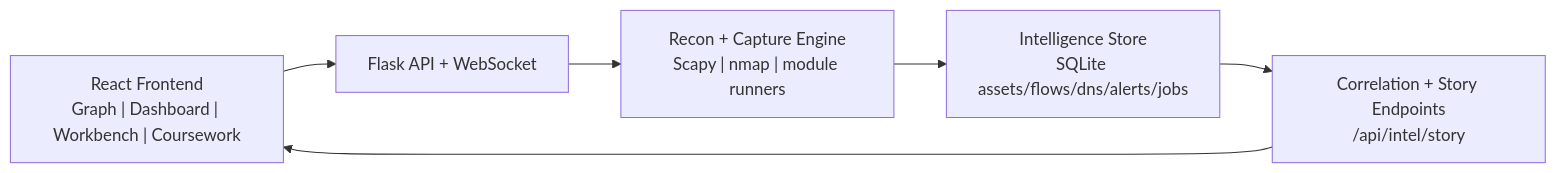
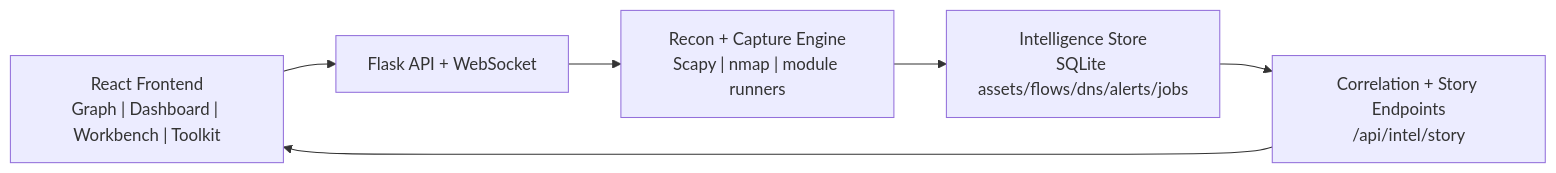
The diagram in README.md (ahajj4002/netvis), drawn with Mermaid before and after one commit. The commit also changed other lines of this file, not shown here.

````diff
--- a/README.md
+++ b/README.md
@@ -35,14 +35,14 @@
 ```mermaid
 flowchart LR
-    UI["React Frontend<br/>Graph | Dashboard | Workbench | Coursework"]
+    UI["React Frontend<br/>Graph | Dashboard | Workbench | Toolkit"]
     API["Flask API + WebSocket"]
     Recon["Recon + Capture Engine<br/>Scapy | nmap | module runners"]
     Store["Intelligence Store<br/>SQLite assets/flows/dns/alerts/jobs"]
     Story["Correlation + Story Endpoints<br/>/api/intel/story"]
 
     UI --> API
     API --> Recon
     Recon --> Store
     Store --> Story
     Story --> UI
 ```
````
